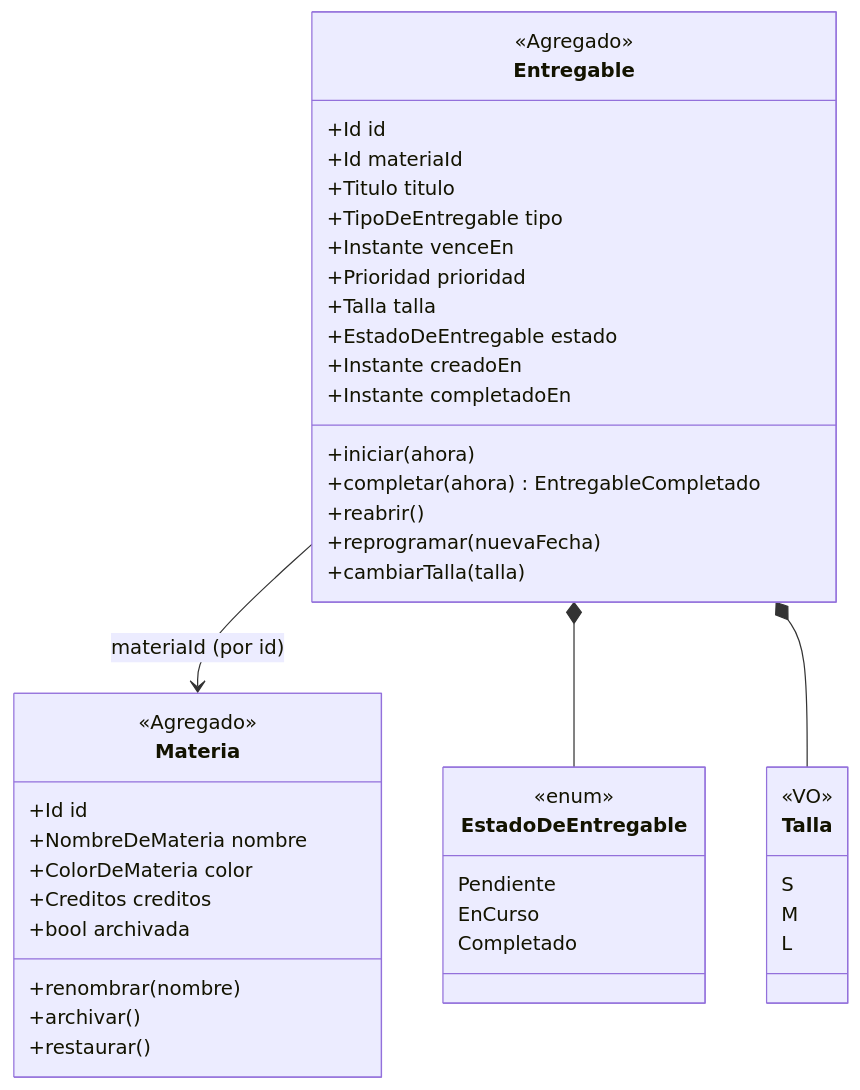
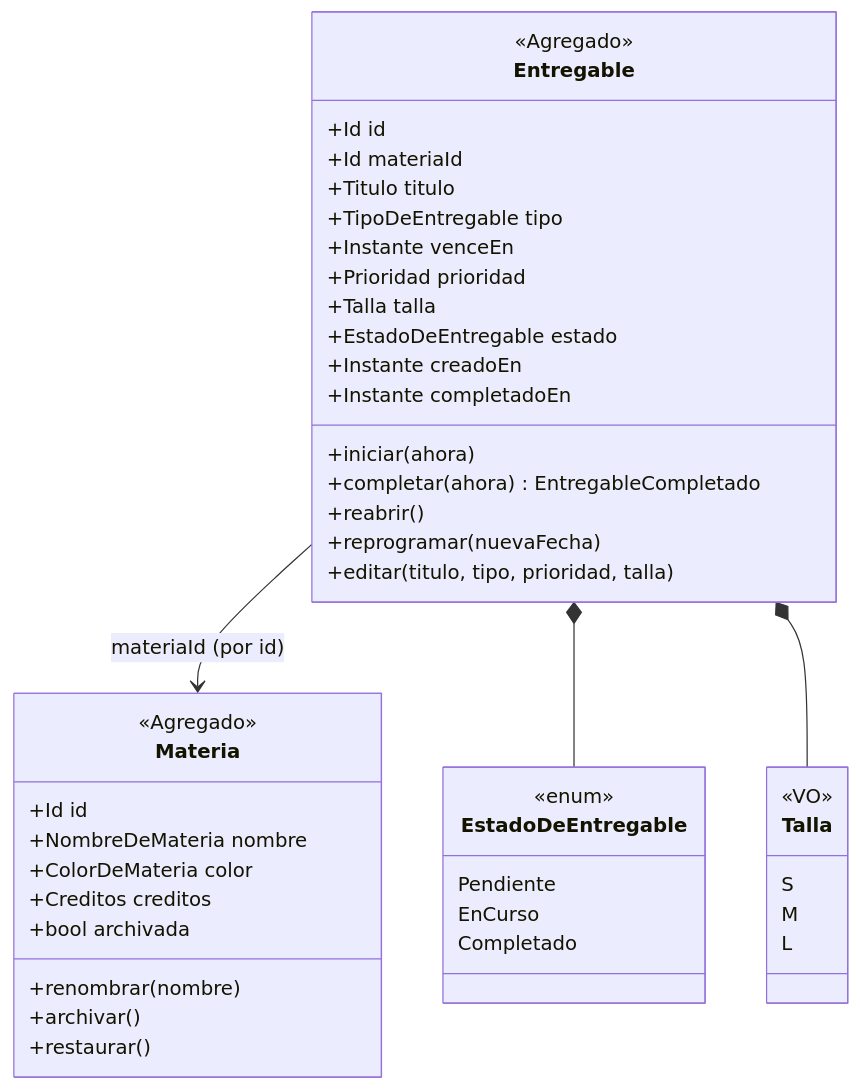
The second of 5 diagrams in docs/dominio.md (Yirusz/personalApp), drawn with Mermaid before and after one commit. The commit also changed other lines of this file and 9 other files, not shown here.

````diff
--- a/docs/dominio.md
+++ b/docs/dominio.md
@@ -49,47 +49,47 @@
 ```mermaid
 classDiagram
   class Materia {
     <<Agregado>>
     +Id id
     +NombreDeMateria nombre
     +ColorDeMateria color
     +Creditos creditos
     +bool archivada
     +renombrar(nombre)
     +archivar()
     +restaurar()
   }
   class Entregable {
     <<Agregado>>
     +Id id
     +Id materiaId
     +Titulo titulo
     +TipoDeEntregable tipo
     +Instante venceEn
     +Prioridad prioridad
     +Talla talla
     +EstadoDeEntregable estado
     +Instante creadoEn
     +Instante completadoEn
     +iniciar(ahora)
     +completar(ahora) EntregableCompletado
     +reabrir()
     +reprogramar(nuevaFecha)
-    +cambiarTalla(talla)
+    +editar(titulo, tipo, prioridad, talla)
   }
   class EstadoDeEntregable {
     <<enum>>
     Pendiente
     EnCurso
     Completado
   }
   class Talla {
     <<VO>>
     S
     M
     L
   }
   Entregable --> Materia : materiaId (por id)
   Entregable *-- EstadoDeEntregable
   Entregable *-- Talla
 ```
````
